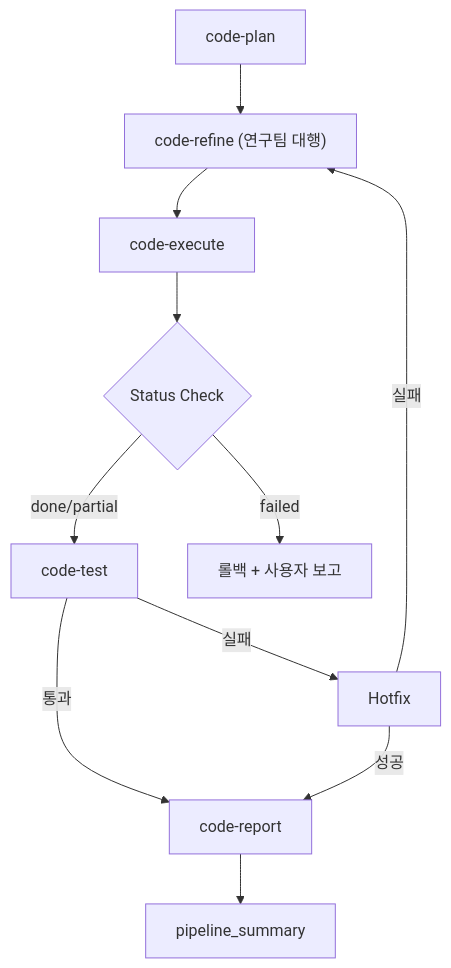
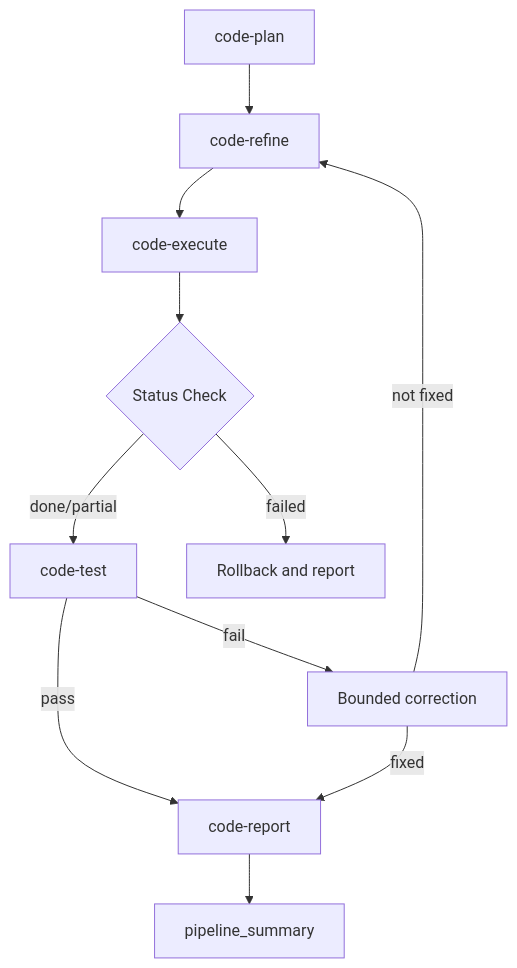
Before and after one commit to dmlguq456/agent_setting: the first of 2 diagrams in adapters/claude/skills/autopilot-code/README.md, drawn with Mermaid. The commit also changed other lines of this file and 457 other files, not shown here.

````diff
--- a/adapters/claude/skills/autopilot-code/README.md
+++ b/adapters/claude/skills/autopilot-code/README.md
@@ -14,13 +17,13 @@
 ```mermaid
 flowchart TD
-    B["code-plan"] --> C["code-refine (연구팀 대행)"]
+    B["code-plan"] --> C["code-refine"]
     C --> D["code-execute"]
     D --> SC{"Status Check"}
     SC -->|done/partial| E["code-test"]
-    SC -->|failed| STOP["롤백 + 사용자 보고"]
-    E -->|통과| F["code-report"]
-    E -->|실패| G["Hotfix"]
-    G -->|성공| F
-    G -->|실패| C
+    SC -->|failed| STOP["Rollback and report"]
+    E -->|pass| F["code-report"]
+    E -->|fail| G["Bounded correction"]
+    G -->|fixed| F
+    G -->|not fixed| C
     F --> I["pipeline_summary"]
 ```
````
